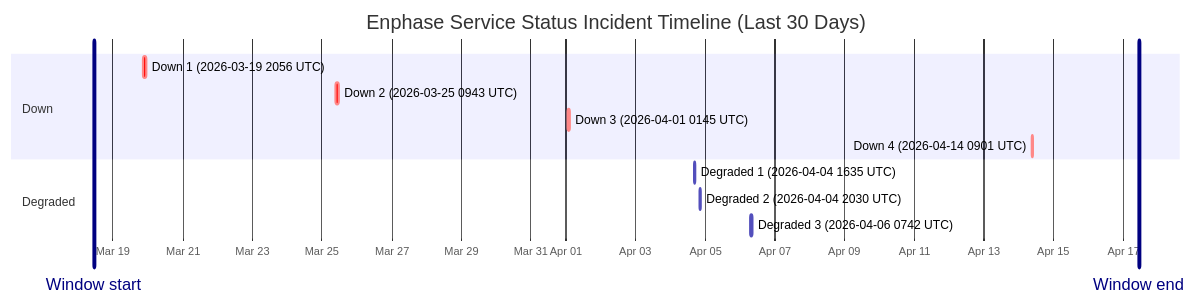
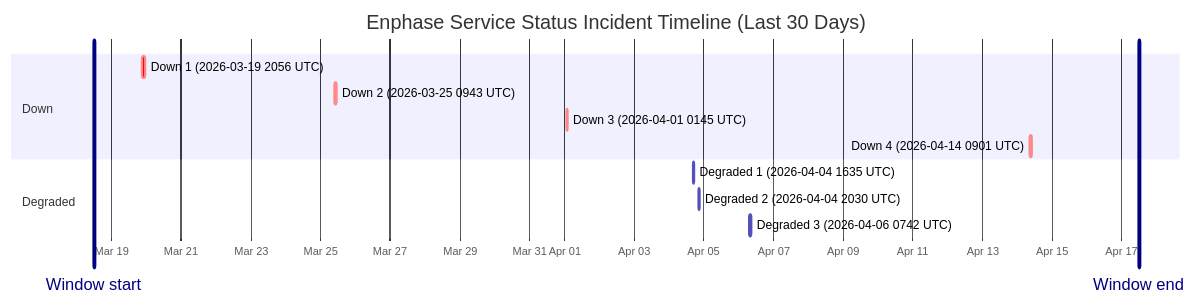
Before and after one commit to barneyonline/ha-enphase-ev-charger: the diagram in wiki/Service-Status-History.md, drawn with Mermaid. The commit also changed other lines of this file and 3 other files, not shown here.

````diff
--- a/wiki/Service-Status-History.md
+++ b/wiki/Service-Status-History.md
@@ -14,17 +14,17 @@
 ```mermaid
 gantt
     title Enphase Service Status Incident Timeline (Last 30 Days)
     dateFormat  YYYY-MM-DDTHH:mm:ss
     axisFormat  %b %d
-    Window start :vert, window-start, 2026-03-18T10:54:52, 0ms
-    Window end :vert, window-end, 2026-04-17T10:54:52, 0ms
+    Window start :vert, window-start, 2026-03-18T11:51:57, 0ms
+    Window end :vert, window-end, 2026-04-17T11:51:57, 0ms
     section Down
     Down 1 (2026-03-19 2056 UTC) :crit, down-1, 2026-03-19T20:56:20, 145m
     Down 2 (2026-03-25 0943 UTC) :crit, down-2, 2026-03-25T09:43:28, 111m
     Down 3 (2026-04-01 0145 UTC) :crit, down-3, 2026-04-01T01:45:09, 60m
     Down 4 (2026-04-14 0901 UTC) :crit, down-4, 2026-04-14T09:01:13, 60m
     section Degraded
     Degraded 1 (2026-04-04 1635 UTC) :active, degraded-1, 2026-04-04T16:35:17, 60m
     Degraded 2 (2026-04-04 2030 UTC) :active, degraded-2, 2026-04-04T20:30:40, 60m
     Degraded 3 (2026-04-06 0742 UTC) :active, degraded-3, 2026-04-06T07:42:09, 85m
 ```
````
